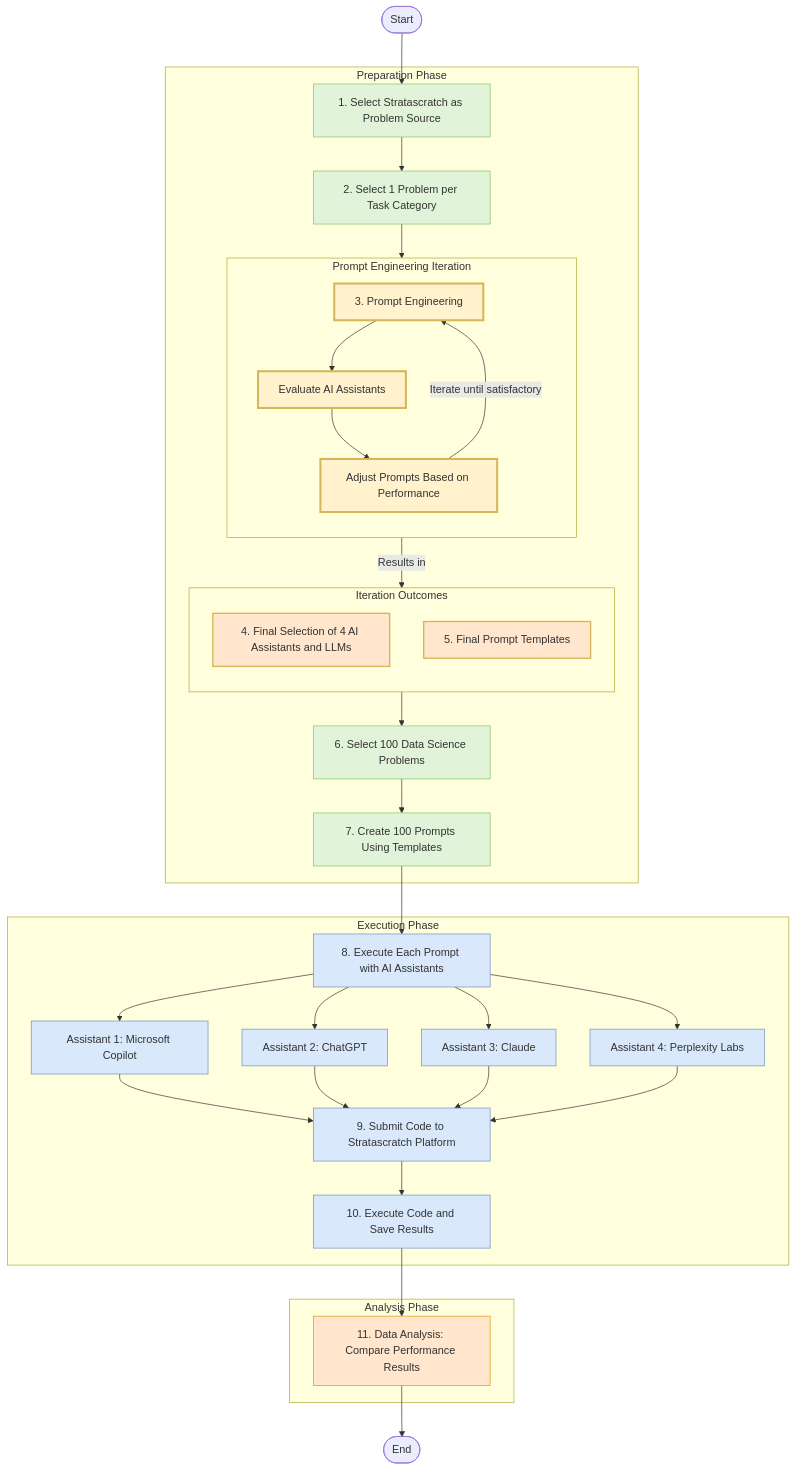
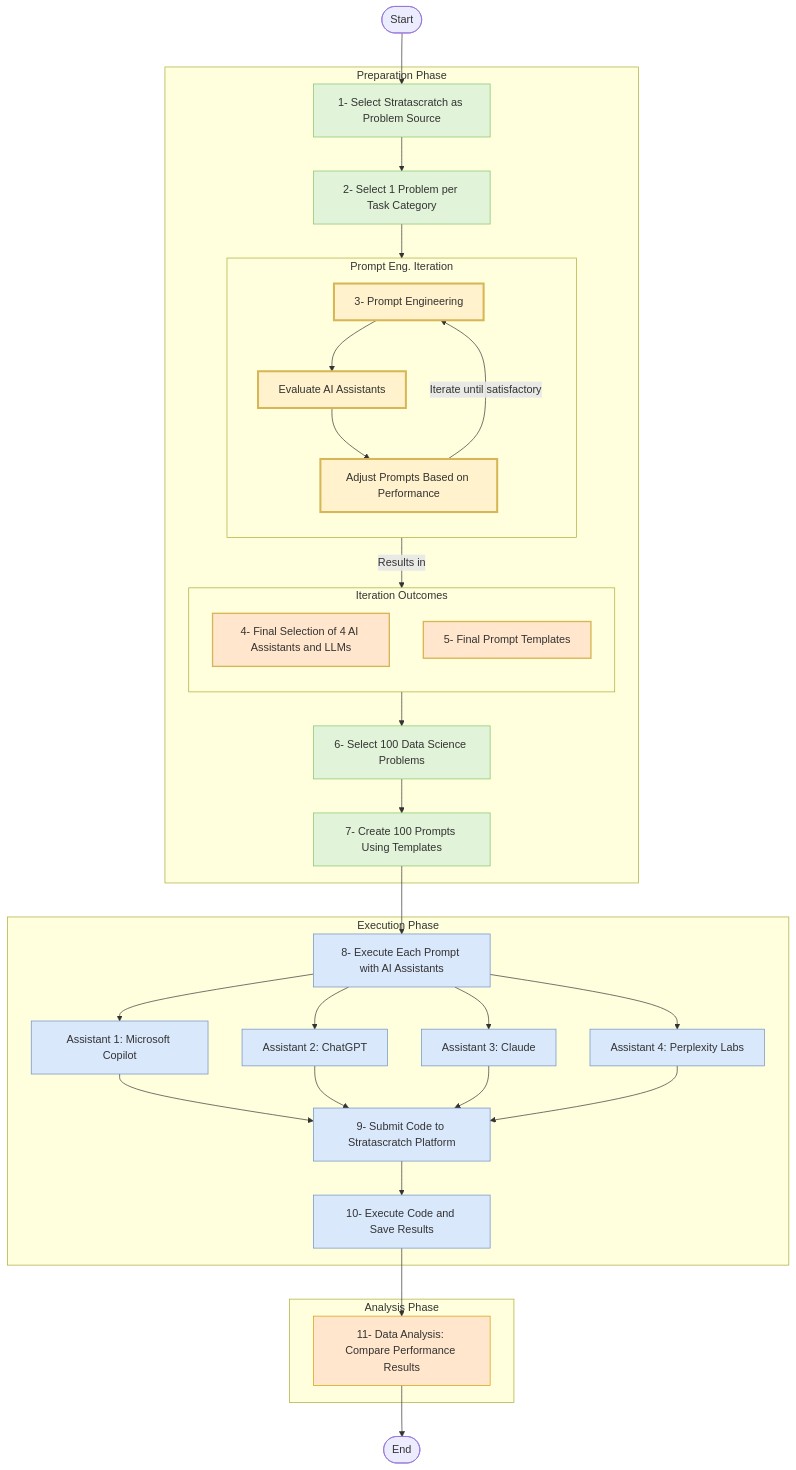
The diagram in README.md (psu-edu/EASER-LLM4Code-Study4), drawn with Mermaid before and after one commit. The commit also changed other lines of this file, not shown here.

````diff
--- a/README.md
+++ b/README.md
@@ -102,79 +35,79 @@
 ```mermaid
 flowchart TB
     start([Start]) --> step1
 
     subgraph Preparation[Preparation Phase]
-        step1[1. Select Stratascratch as Problem Source]
-        step2[2. Select 1 Problem per Task Category]
+        step1[1- Select Stratascratch as Problem Source]
+        step2[2- Select 1 Problem per Task Category]
         
-        subgraph PromptEngineering[Prompt Engineering Iteration]
+        subgraph PromptEngineering[Prompt Eng. Iteration]
             direction TB
-            step3[3. Prompt Engineering]
+            step3[3- Prompt Engineering]
             evaluate[Evaluate AI Assistants]
             feedback[Adjust Prompts Based on Performance]
             
             step3 --> evaluate
             evaluate --> feedback
             feedback -->|Iterate until satisfactory| step3
         end
 
         subgraph Outcomes[Iteration Outcomes]
             direction TB
-            step4[4. Final Selection of 4 AI Assistants and LLMs]
-            step5[5. Final Prompt Templates]
+            step4[4- Final Selection of 4 AI Assistants and LLMs]
+            step5[5- Final Prompt Templates]
         end
 
-        step6[6. Select 100 Data Science Problems]
-        step7[7. Create 100 Prompts Using Templates]
+        step6[6- Select 100 Data Science Problems]
+        step7[7- Create 100 Prompts Using Templates]
 
         step1 --> step2
         step2 --> PromptEngineering
         
         %% Show outcomes flowing from the iteration process
         PromptEngineering --> |Results in| Outcomes
         Outcomes --> step6
         step6 --> step7
     end
 
     subgraph Execution[Execution Phase]
-        step8[8. Execute Each Prompt with AI Assistants]
+        step8[8- Execute Each Prompt with AI Assistants]
         copilot[Assistant 1: Microsoft Copilot]
         chatgpt[Assistant 2: ChatGPT]
         claude[Assistant 3: Claude]
         perplexity[Assistant 4: Perplexity Labs]
         
         step8 --> copilot
         step8 --> chatgpt
         step8 --> claude
         step8 --> perplexity
         
-        step9[9. Submit Code to Stratascratch Platform]
+        step9[9- Submit Code to Stratascratch Platform]
         copilot --> step9
         chatgpt --> step9
         claude --> step9
         perplexity --> step9
         
-        step10[10. Execute Code and Save Results]
+        step10[10- Execute Code and Save Results]
         step9 --> step10
     end
 
     subgraph Analysis[Analysis Phase]
-        step11[11. Data Analysis: Compare Performance Results]
+        step11[11- Data Analysis: Compare Performance Results]
     end
 
     step7 --> step8
     step10 --> step11
     step11 --> endNode([End])
 
     classDef preparation fill:#e1f3d8,stroke:#82c366
     classDef execution fill:#dae8fc,stroke:#6c8ebf
     classDef analysis fill:#ffe6cc,stroke:#d79b00
     classDef iteration fill:#fff2cc,stroke:#d6b656,stroke-width:3px
     classDef outcomes fill:#ffe6cc,stroke:#d6b656,stroke-width:2px
     
     class step1,step2,step6,step7 preparation
     class step8,step9,step10,copilot,chatgpt,claude,perplexity execution
     class step11 analysis
     class step3,evaluate,feedback iteration
     class step4,step5 outcomes
 ```
````
